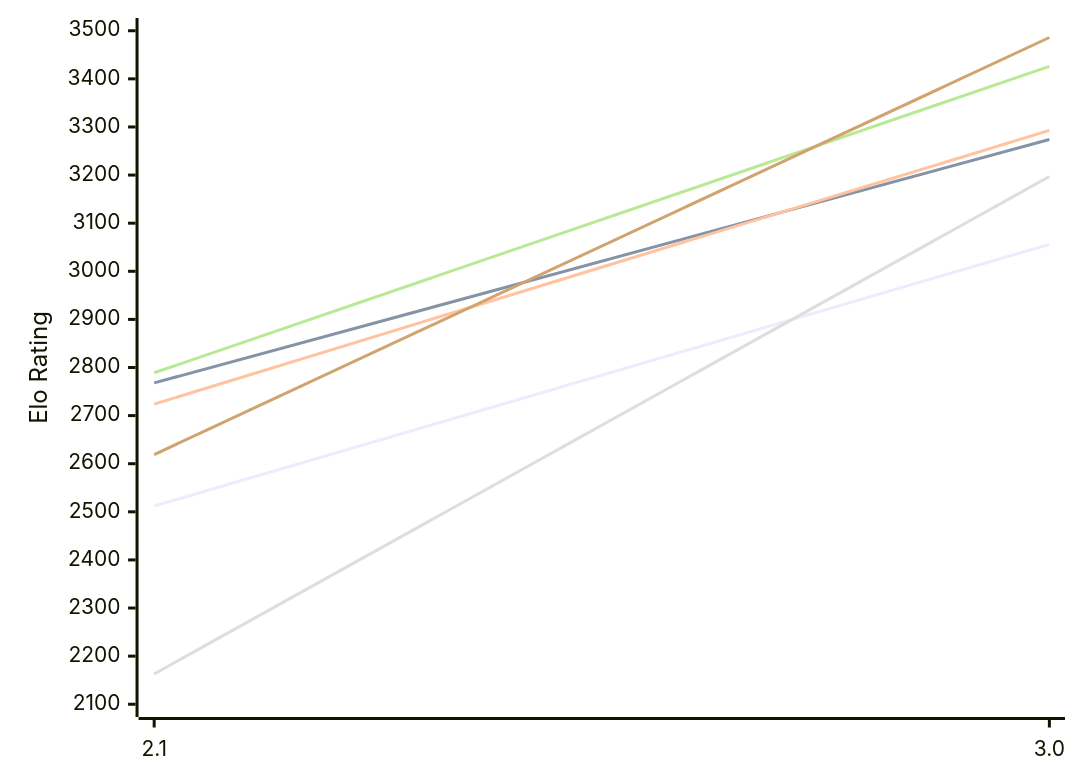
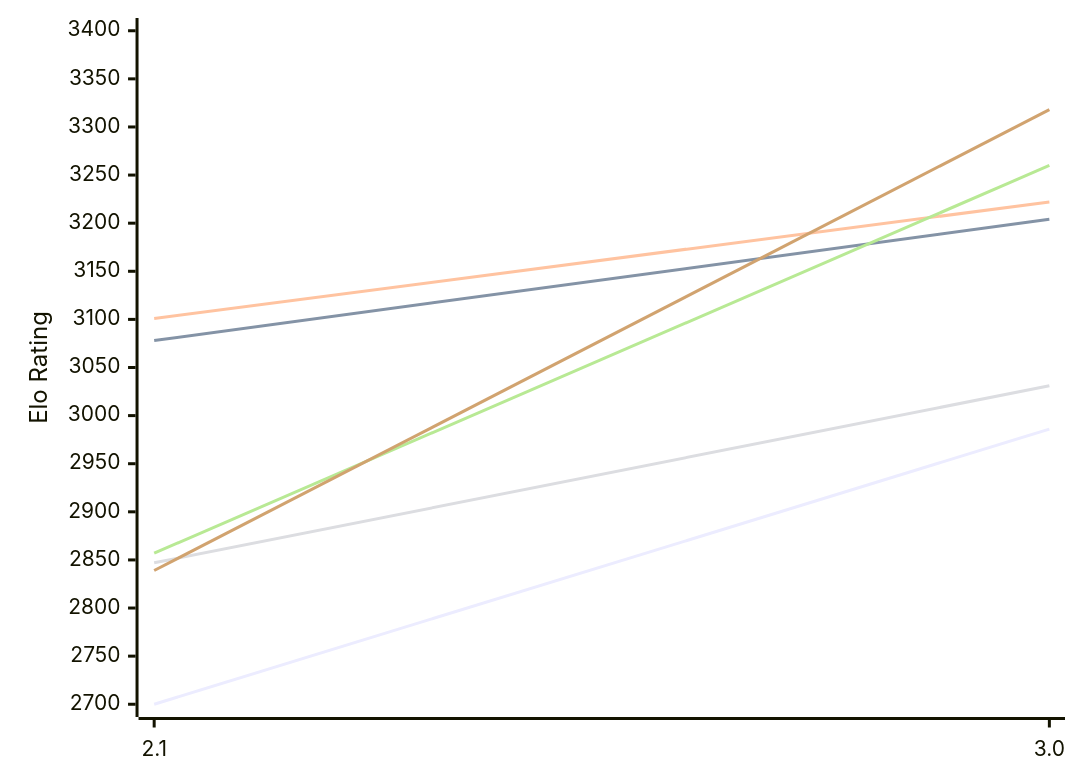
The first of 2 diagrams in engines/Quirky.md (computer-chess-index/cci), drawn with Mermaid before and after one commit. The commit also changed other lines of this file, not shown here.

Commit message:
Update CCI Ratings (ELO VLTC) - 2026-11-13

````diff
--- a/engines/Quirky.md
+++ b/engines/Quirky.md
@@ -50,12 +50,12 @@
 ```mermaid
 %%{init: {"theme":"base","themeVariables":{"seriesColors:['#a3a3a3','#222221','#faa371']}}}%%
 xychart-beta
   x-axis ["2.1", "3.0"]
-  y-axis "Elo Rating" 2100 --> 3500
-  line "E1: STC (8.0+0.08s)" [2512, 3056]
-  line "E1: LTC (60.0+0.60s)" [2768, 3274]
-  line "E1: VLTC (2m24s+1.12s)" [2724, 3293]
-  line "P1: STC (8.0+0.08s)" [2163, 3197]
-  line "P1: LTC (60.0+0.60s)" [2789, 3426]
-  line "P1: VLTC (2m24s+1.12s)" [2619, 3486]
+  y-axis "Elo Rating" 2700 --> 3400
+  line "E1: STC (8.0+0.08s)" [2700, 2986]
+  line "E1: LTC (60.0+0.60s)" [3078, 3204]
+  line "E1: VLTC (2m24s+1.12s)" [3101, 3222]
+  line "P1: STC (8.0+0.08s)" [2847, 3031]
+  line "P1: LTC (60.0+0.60s)" [2857, 3260]
+  line "P1: VLTC (2m24s+1.12s)" [2839, 3318]
 ```
````
